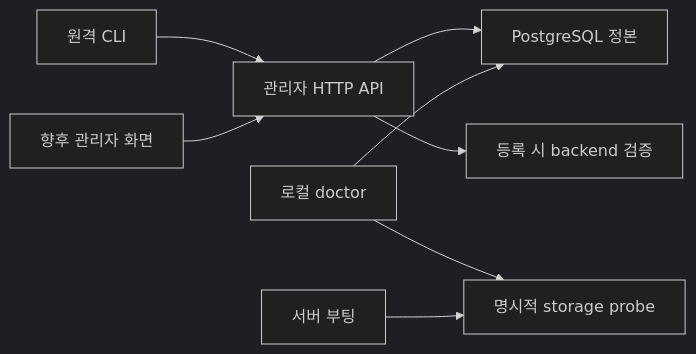
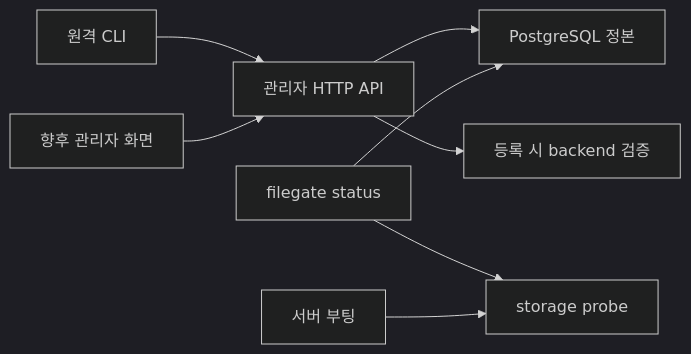
Before and after one commit to cagojeiger/filegate: the diagram in docs/spec/04-cli.md, drawn with Mermaid (dark theme). The commit also changed other lines of this file and 44 other files, not shown here.

````diff
--- a/docs/spec/04-cli.md
+++ b/docs/spec/04-cli.md
@@ -25,10 +25,10 @@
 ```mermaid
 flowchart LR
     CLI["원격 CLI"] --> HTTP["관리자 HTTP API"]
     UI["향후 관리자 화면"] --> HTTP
     HTTP --> PG["PostgreSQL 정본"]
     HTTP --> IO["등록 시 backend 검증"]
-    Doctor["로컬 doctor"] --> PG
-    Doctor --> Probe["명시적 storage probe"]
+    Local["filegate status"] --> PG
+    Local --> Probe["storage probe"]
     Serve["서버 부팅"] --> Probe
 ```
````
